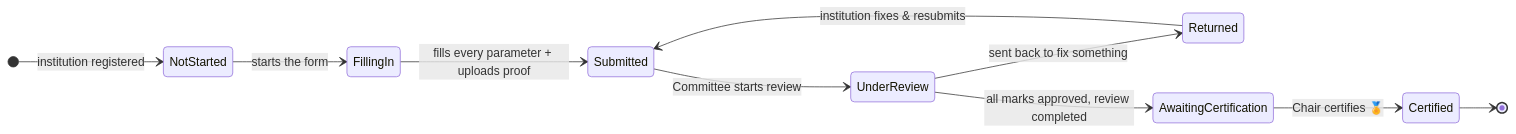
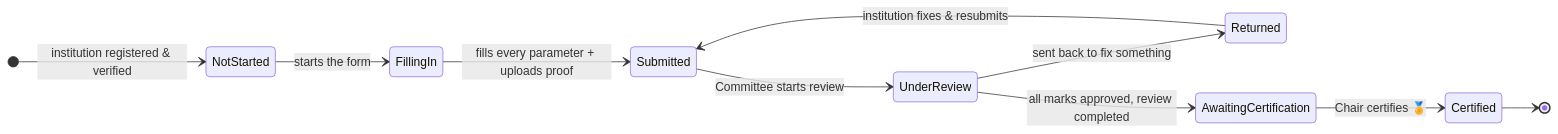
One commit to Shivansee987/NEP_HARYANA changed the third of 3 diagrams in README.md. Above: the diagram before and after it, drawn with Mermaid. The commit also changed other lines of this file and 5 other files, not shown here.

````diff
--- a/README.md
+++ b/README.md
@@ -89,13 +140,13 @@
 ```mermaid
 stateDiagram-v2
     direction LR
-    [*] --> NotStarted: institution registered
+    [*] --> NotStarted: institution registered & verified
     NotStarted --> FillingIn: starts the form
     FillingIn --> Submitted: fills every parameter + uploads proof
     Submitted --> UnderReview: Committee starts review
     UnderReview --> Returned: sent back to fix something
     Returned --> Submitted: institution fixes & resubmits
     UnderReview --> AwaitingCertification: all marks approved, review completed
     AwaitingCertification --> Certified: Chair certifies 🏅
     Certified --> [*]
 ```
````
